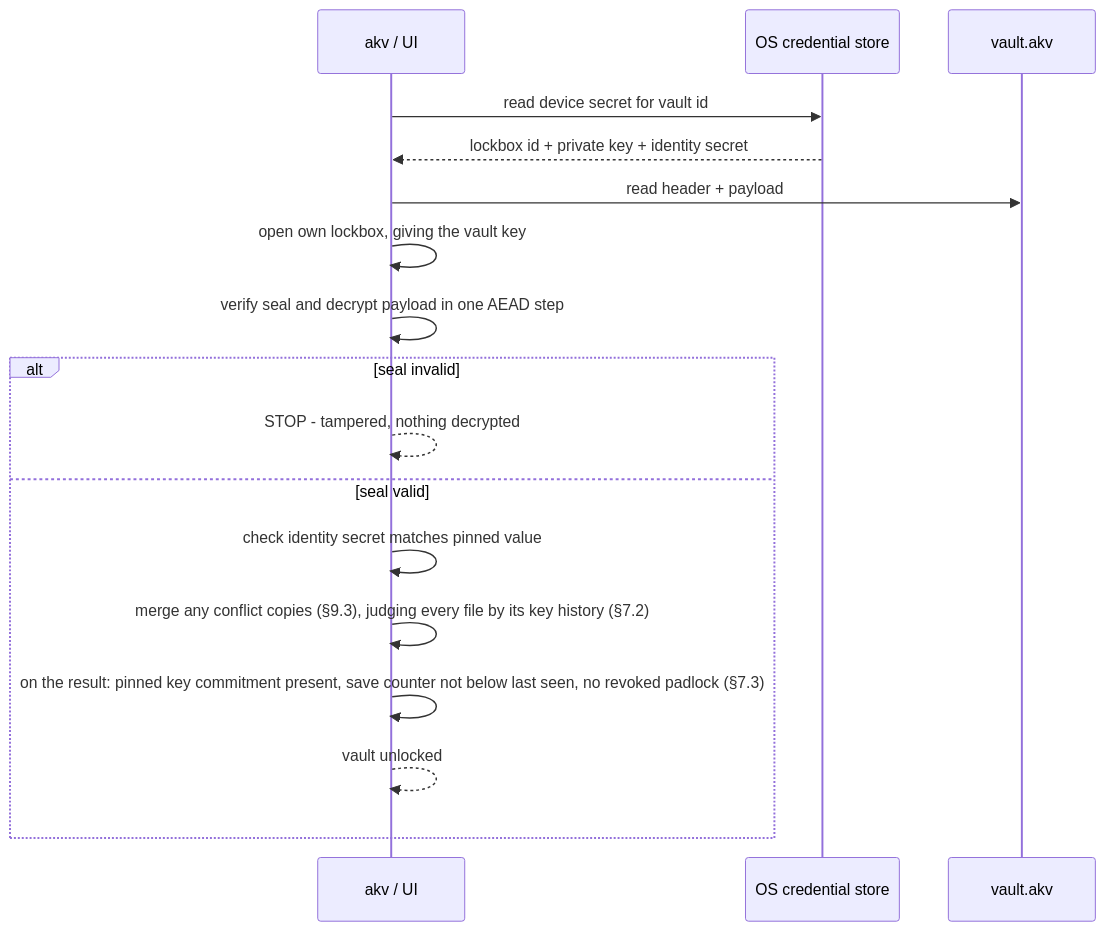
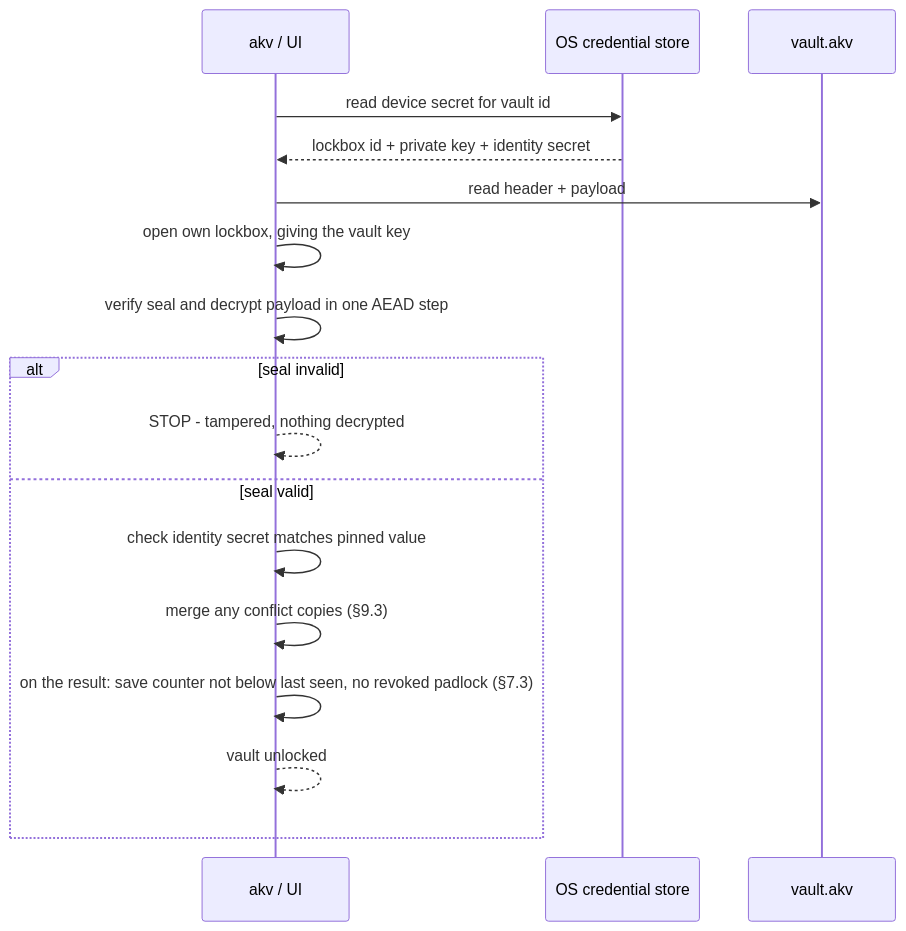
Before and after one commit to dandrejvv/ApiKeyVault: the second of 5 diagrams in intent/.plans/2026-10-05-apikeyvault-cryptography-persistence-des.md, drawn with Mermaid. The commit also changed other lines of this file, not shown here.

Commit message:
Simplify ApiKeyVault design plan for single-user scope: drop key-history pinning, add protected passphrase/recovery/this-device lockboxes and multi-device removal

````diff
--- a/intent/.plans/2026-10-05-apikeyvault-cryptography-persistence-des.md
+++ b/intent/.plans/2026-10-05-apikeyvault-cryptography-persistence-des.md
@@ -149,19 +171,19 @@
 ```mermaid
 sequenceDiagram
   participant App as akv / UI
   participant Store as OS credential store
   participant File as vault.akv
   App->>Store: read device secret for vault id
   Store-->>App: lockbox id + private key + identity secret
   App->>File: read header + payload
   App->>App: open own lockbox, giving the vault key
   App->>App: verify seal and decrypt payload in one AEAD step
   alt seal invalid
     App-->>App: STOP - tampered, nothing decrypted
   else seal valid
     App->>App: check identity secret matches pinned value
-    App->>App: merge any conflict copies (§9.3), judging every file by its key history (§7.2)
-    App->>App: on the result: pinned key commitment present, save counter not below last seen, no revoked padlock (§7.3)
+    App->>App: merge any conflict copies (§9.3)
+    App->>App: on the result: save counter not below last seen, no revoked padlock (§7.3)
     App-->>App: vault unlocked
   end
 ```
````
